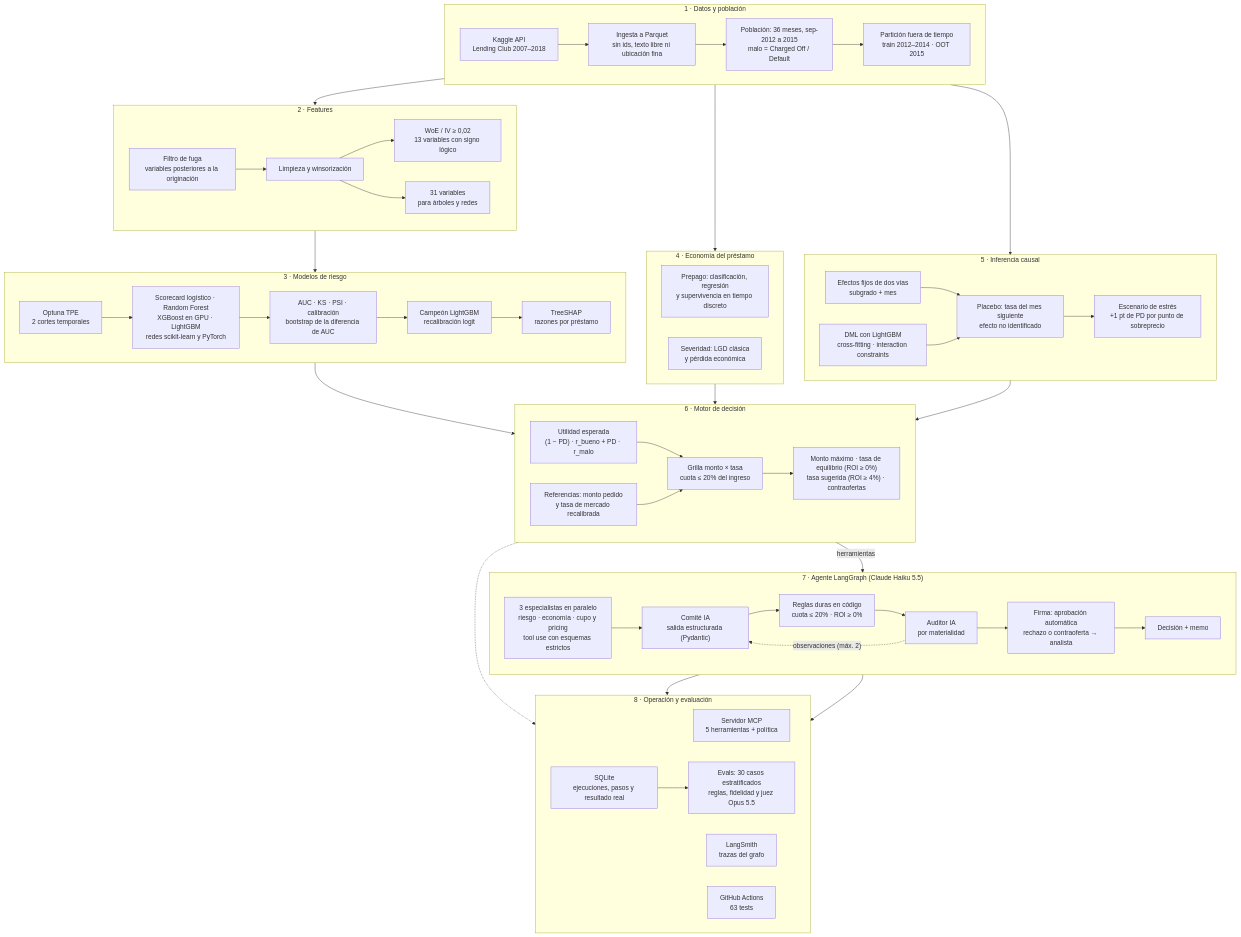
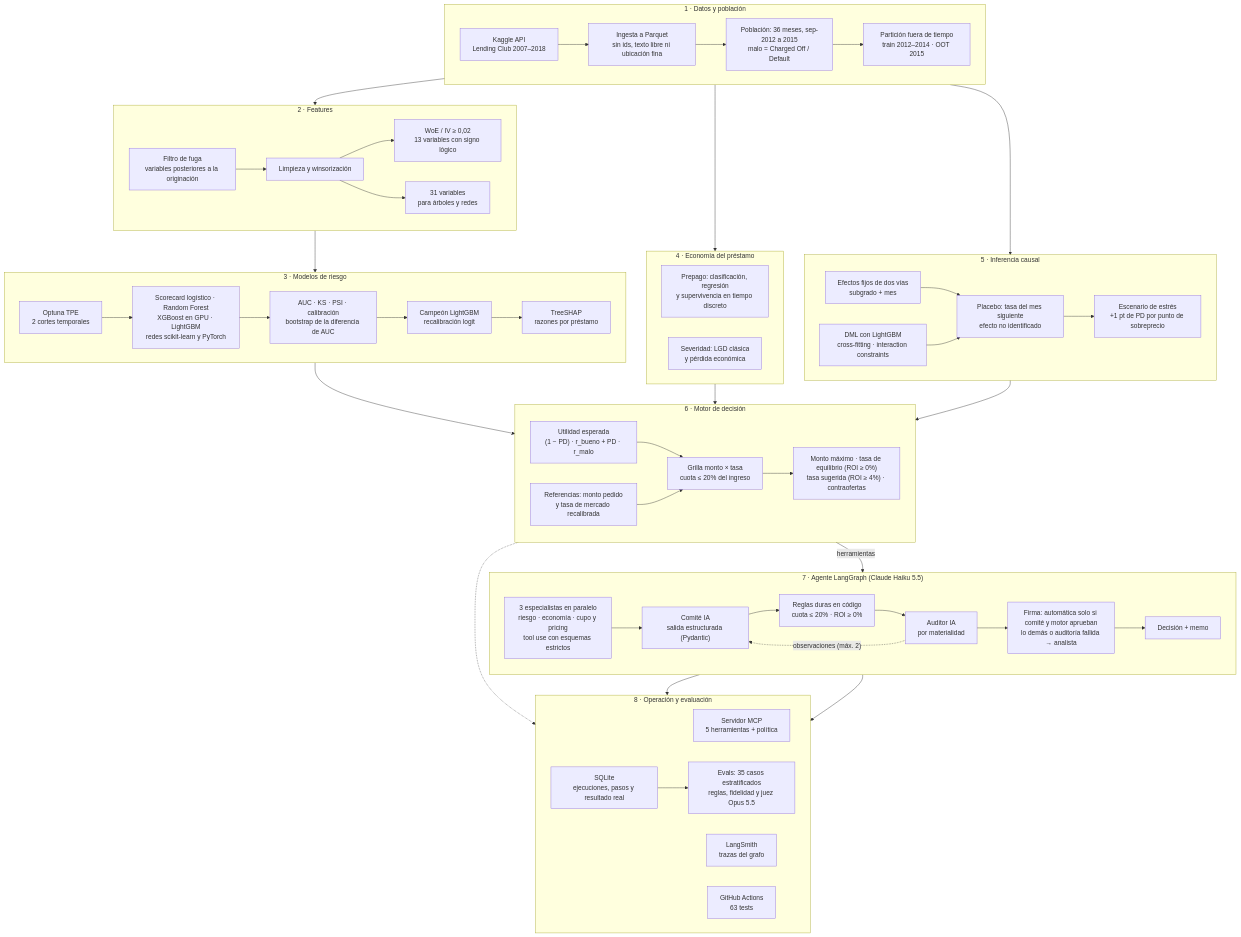
Before and after one commit to neiderolaya26/credit-risk-agent-lab: the diagram in README.md, drawn with Mermaid. The commit also changed other lines of this file and 48 other files, not shown here.

````diff
--- a/README.md
+++ b/README.md
@@ -44,73 +44,73 @@
 ```mermaid
 flowchart TB
     subgraph DATOS["1 · Datos y población"]
         direction LR
         K["Kaggle API<br/>Lending Club 2007–2018"] --> I["Ingesta a Parquet<br/>sin ids, texto libre ni ubicación fina"]
         I --> P["Población: 36 meses, sep-2012 a 2015<br/>malo = Charged Off / Default"]
         P --> S["Partición fuera de tiempo<br/>train 2012–2014 · OOT 2015"]
     end
 
     subgraph FEAT["2 · Features"]
         direction LR
         F1["Filtro de fuga<br/>variables posteriores a la originación"] --> F2["Limpieza y winsorización"]
         F2 --> F3["WoE / IV ≥ 0,02<br/>13 variables con signo lógico"]
         F2 --> F4["31 variables<br/>para árboles y redes"]
     end
 
     subgraph RIESGO["3 · Modelos de riesgo"]
         direction LR
         OPT["Optuna TPE<br/>2 cortes temporales"] --> MODS["Scorecard logístico · Random Forest<br/>XGBoost en GPU · LightGBM<br/>redes scikit-learn y PyTorch"]
         MODS --> EV["AUC · KS · PSI · calibración<br/>bootstrap de la diferencia de AUC"]
         EV --> CH["Campeón LightGBM<br/>recalibración logit"]
         CH --> SH["TreeSHAP<br/>razones por préstamo"]
     end
 
     subgraph ECON["4 · Economía del préstamo"]
         direction LR
         PRE["Prepago: clasificación, regresión<br/>y supervivencia en tiempo discreto"]
         SEV["Severidad: LGD clásica<br/>y pérdida económica"]
     end
 
     subgraph CAUSAL["5 · Inferencia causal"]
         direction LR
         C1["Efectos fijos de dos vías<br/>subgrado + mes"] --> C3["Placebo: tasa del mes siguiente<br/>efecto no identificado"]
         C2["DML con LightGBM<br/>cross-fitting · interaction constraints"] --> C3
         C3 --> C4["Escenario de estrés<br/>+1 pt de PD por punto de sobreprecio"]
     end
 
     subgraph MOTOR["6 · Motor de decisión"]
         direction LR
         U["Utilidad esperada<br/>(1 − PD) · r_bueno + PD · r_malo"] --> G["Grilla monto × tasa<br/>cuota ≤ 20% del ingreso"]
         REF["Referencias: monto pedido<br/>y tasa de mercado recalibrada"] --> G
         G --> T["Monto máximo · tasa de equilibrio (ROI ≥ 0%)<br/>tasa sugerida (ROI ≥ 4%) · contraofertas"]
     end
 
     subgraph AGENTE["7 · Agente LangGraph (Claude Haiku 5.5)"]
         direction LR
         ESP["3 especialistas en paralelo<br/>riesgo · economía · cupo y pricing<br/>tool use con esquemas estrictos"] --> COM["Comité IA<br/>salida estructurada (Pydantic)"]
         COM --> RD["Reglas duras en código<br/>cuota ≤ 20% · ROI ≥ 0%"]
         RD --> AUD["Auditor IA<br/>por materialidad"]
         AUD -. "observaciones (máx. 2)" .-> COM
-        AUD --> FIR["Firma: aprobación automática<br/>rechazo o contraoferta → analista"]
+        AUD --> FIR["Firma: automática solo si comité y motor aprueban<br/>lo demás o auditoría fallida → analista"]
         FIR --> MEMO["Decisión + memo"]
     end
 
     subgraph OPS["8 · Operación y evaluación"]
         direction LR
         MCP["Servidor MCP<br/>5 herramientas + política"]
-        REG["SQLite<br/>ejecuciones, pasos y resultado real"] --> EVA["Evals: 30 casos estratificados<br/>reglas, fidelidad y juez Opus 5.5"]
+        REG["SQLite<br/>ejecuciones, pasos y resultado real"] --> EVA["Evals: 35 casos estratificados<br/>reglas, fidelidad y juez Opus 5.5"]
         LS["LangSmith<br/>trazas del grafo"]
         CI["GitHub Actions<br/>63 tests"]
     end
 
     DATOS --> FEAT --> RIESGO
     DATOS --> ECON
     DATOS --> CAUSAL
     RIESGO --> MOTOR
     ECON --> MOTOR
     CAUSAL --> MOTOR
     MOTOR -- "herramientas" --> AGENTE
     MOTOR -.-> MCP
     MEMO --> REG
     MEMO --> LS
 ```
````
